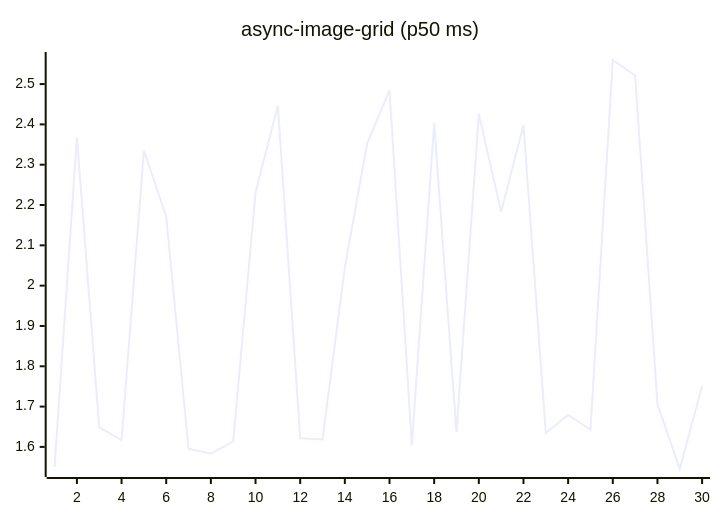
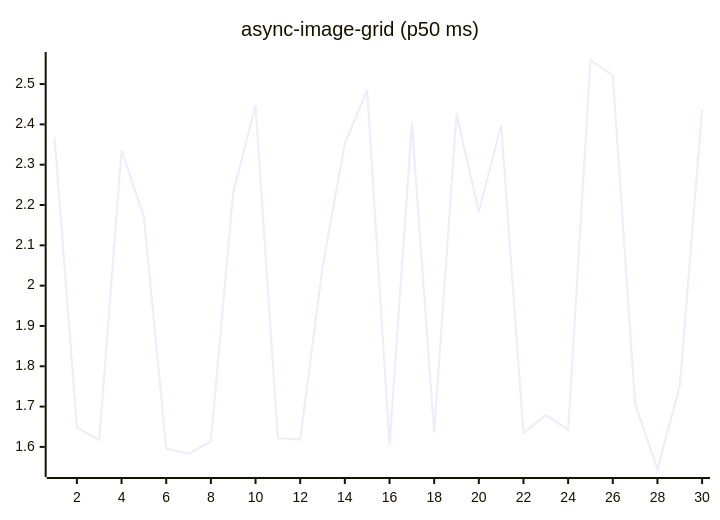
Before and after one commit to josha/Facet: the fifth of 27 diagrams in README.md, drawn with Mermaid. The commit also changed other lines of this file and 2 other files, not shown here.

````diff
--- a/README.md
+++ b/README.md
@@ -91,6 +91,6 @@
 ```mermaid
 xychart-beta
     title "async-image-grid (p50 ms)"
     x-axis 1 --> 30
-    line [1.5501, 2.3685, 1.6487, 1.6169, 2.3355, 2.1710, 1.5954, 1.5829, 1.6137, 2.2308, 2.4470, 1.6216, 1.6184, 2.0452, 2.3531, 2.4847, 1.6045, 2.4025, 1.6357, 2.4260, 2.1835, 2.3985, 1.6346, 1.6792, 1.6424, 2.5597, 2.5214, 1.7066, 1.5452, 1.7512]
+    line [2.3685, 1.6487, 1.6169, 2.3355, 2.1710, 1.5954, 1.5829, 1.6137, 2.2308, 2.4470, 1.6216, 1.6184, 2.0452, 2.3531, 2.4847, 1.6045, 2.4025, 1.6357, 2.4260, 2.1835, 2.3985, 1.6346, 1.6792, 1.6424, 2.5597, 2.5214, 1.7066, 1.5452, 1.7512, 2.4372]
 ```
````
